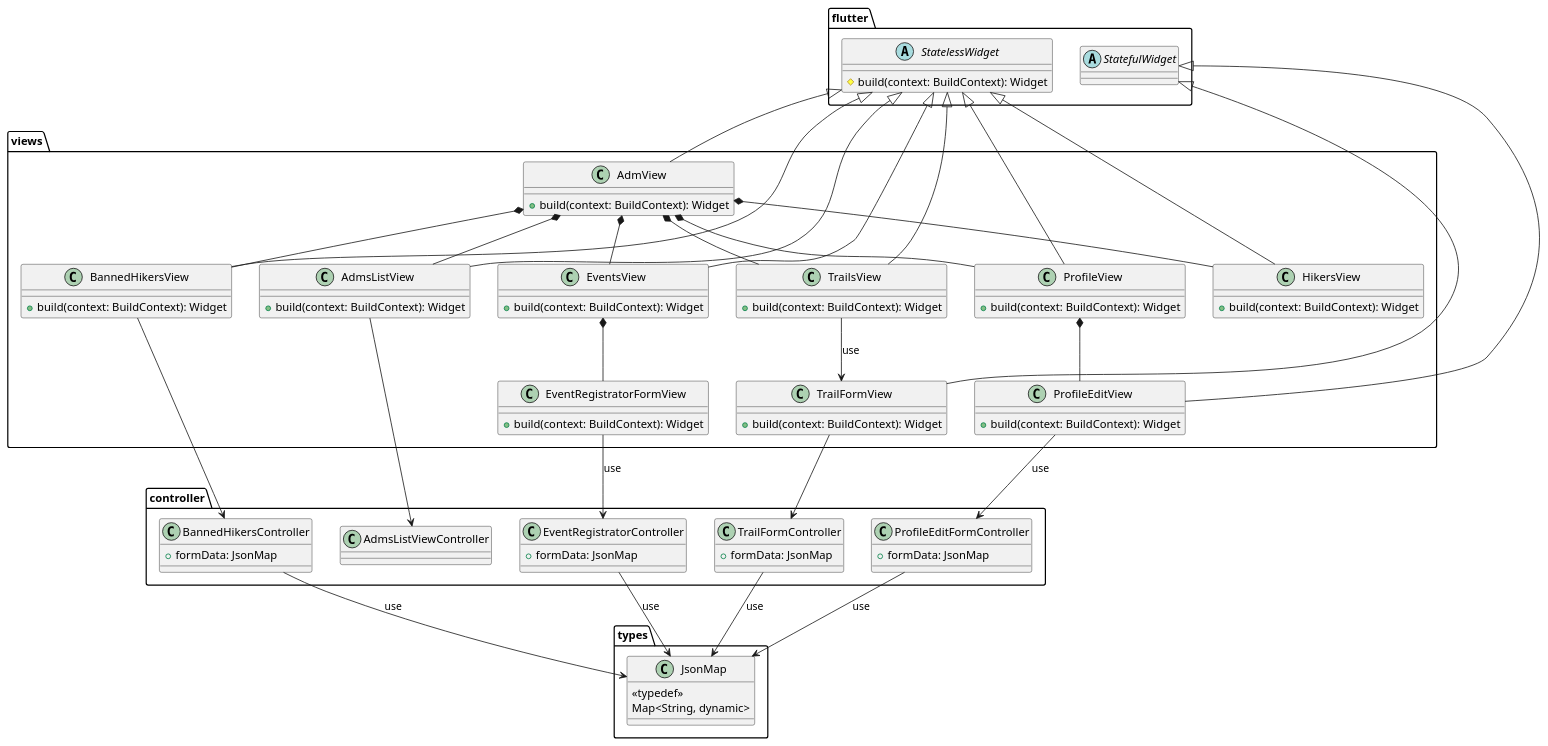
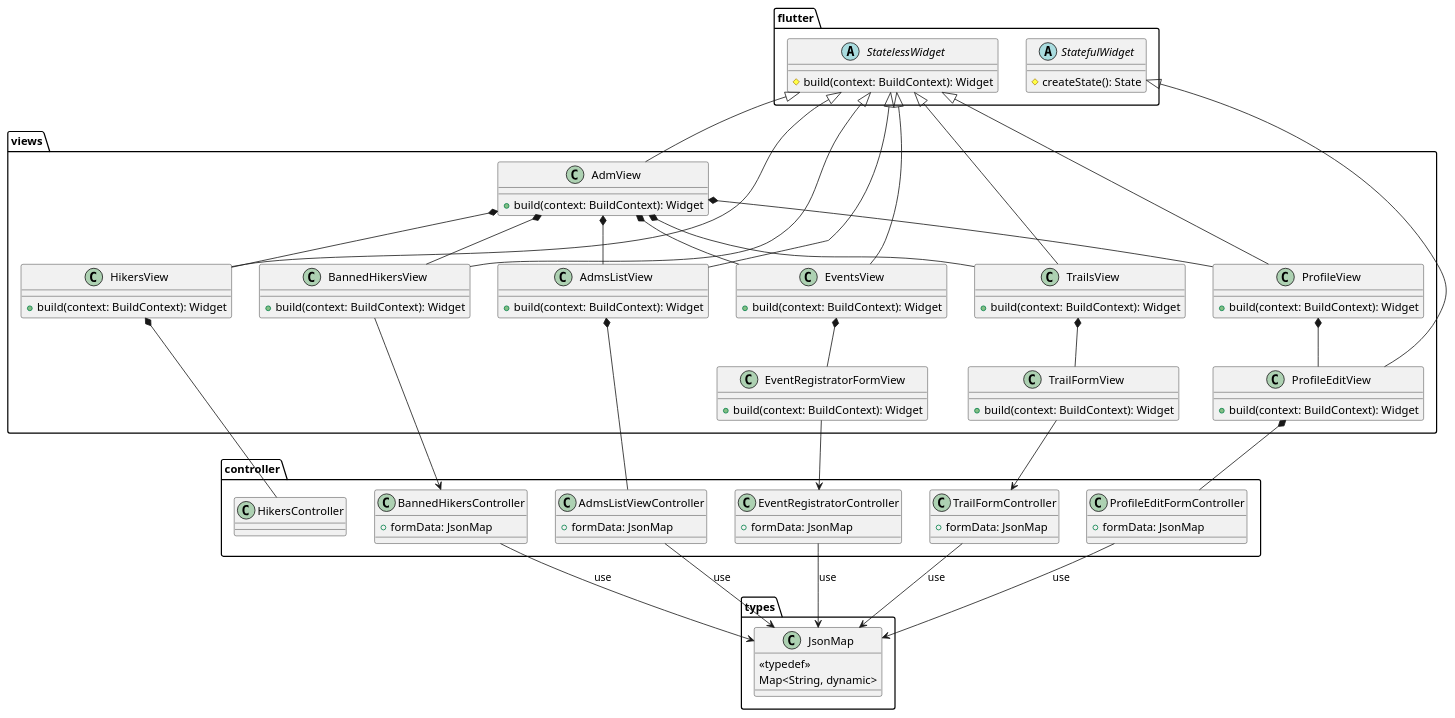
Before and after one commit to tiagors09/pe_na_pedra: the diagram in docs/diagrams/src/class_diagrams/pe_na_pedra_class_diagram_8.plantuml, drawn with PlantUML. The commit also changed 1 other file, not shown here.

Commit message:
docs: :memo: update diagram

```diff
--- a/docs/diagrams/src/class_diagrams/pe_na_pedra_class_diagram_8.plantuml
+++ b/docs/diagrams/src/class_diagrams/pe_na_pedra_class_diagram_8.plantuml
@@ -1,116 +1,119 @@
 @startuml pe_na_pedra_class_diagram_8
+
 package types {
   class JsonMap {
     <<typedef>>
     Map<String, dynamic>
   }
 }
 
 package flutter {
   abstract class StatelessWidget {
-  # build(context: BuildContext): Widget
+    # build(context: BuildContext): Widget
   }
 
-  abstract class StatefulWidget
+  abstract class StatefulWidget {
+    # createState(): State
+  }
 }
 
 package controller {
   class TrailFormController {
     + formData: JsonMap
   }
 
   class ProfileEditFormController {
     + formData: JsonMap
   }
 
   class BannedHikersController {
     + formData: JsonMap
   }
 
   class EventRegistratorController {
     + formData: JsonMap
   }
 
-  class AdmsListViewController
+  class AdmsListViewController {
+    + formData: JsonMap
+  }
+
+  class HikersController
 }
 
 package views {
   class AdmView {
     + build(context: BuildContext): Widget
   }
 
   class AdmsListView {
     + build(context: BuildContext): Widget
   }
 
   class EventsView {
     + build(context: BuildContext): Widget
   }
 
   class EventRegistratorFormView {
     + build(context: BuildContext): Widget
   }
 
   class TrailsView {
     + build(context: BuildContext): Widget
   }
 
   class TrailFormView {
     + build(context: BuildContext): Widget
   }
 
   class ProfileView {
     + build(context: BuildContext): Widget
   }
 
   class ProfileEditView {
     + build(context: BuildContext): Widget
   }
 
   class BannedHikersView {
     + build(context: BuildContext): Widget
   }
 
   class HikersView {
     + build(context: BuildContext): Widget
   }
 }
 
 StatelessWidget <|-- AdmView
 StatelessWidget <|-- ProfileView
 StatefulWidget <|-- ProfileEditView
 StatelessWidget <|-- AdmsListView
 StatelessWidget <|-- EventsView
 StatelessWidget <|-- TrailsView
 StatelessWidget <|-- BannedHikersView
 StatelessWidget <|-- HikersView
 
 AdmView *-- ProfileView
 ProfileView *-- ProfileEditView
 AdmView *-- TrailsView
 AdmView *-- BannedHikersView
 AdmView *-- HikersView
 AdmView *-- EventsView
 AdmView *-- AdmsListView
 
 EventsView *-- EventRegistratorFormView
-
-TrailsView --> TrailFormView : use
-ProfileEditView --> ProfileEditFormController : use
-
-AdmsListView --> AdmsListViewController
+TrailsView *-- TrailFormView
+ProfileEditView *-- ProfileEditFormController
+AdmsListView *-- AdmsListViewController
+HikersView *-- HikersController
 
 TrailFormController --> JsonMap : use
 ProfileEditFormController --> JsonMap : use
-
 BannedHikersController --> JsonMap : use
 EventRegistratorController --> JsonMap : use
+AdmsListViewController --> JsonMap : use
 
 BannedHikersView --> BannedHikersController
+TrailFormView --> TrailFormController
+EventRegistratorFormView --> EventRegistratorController
 
-TrailFormView --> TrailFormController
-
-StatefulWidget <|-- TrailFormView
-
-EventRegistratorFormView --> EventRegistratorController : use
 @enduml
```
